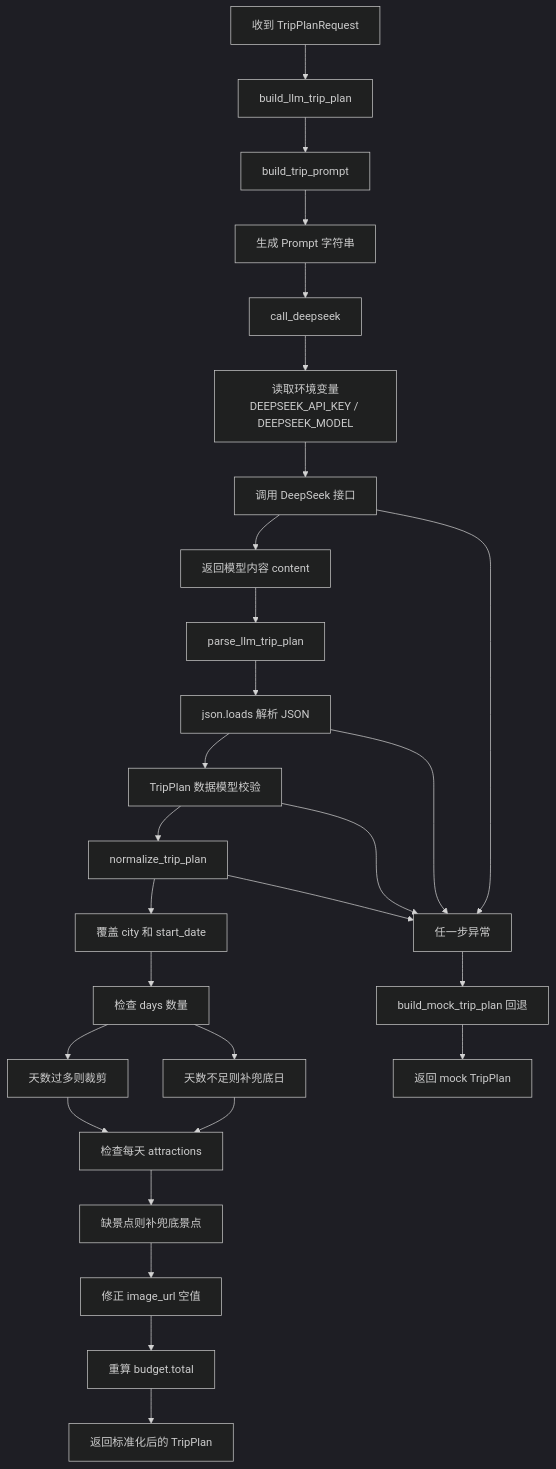
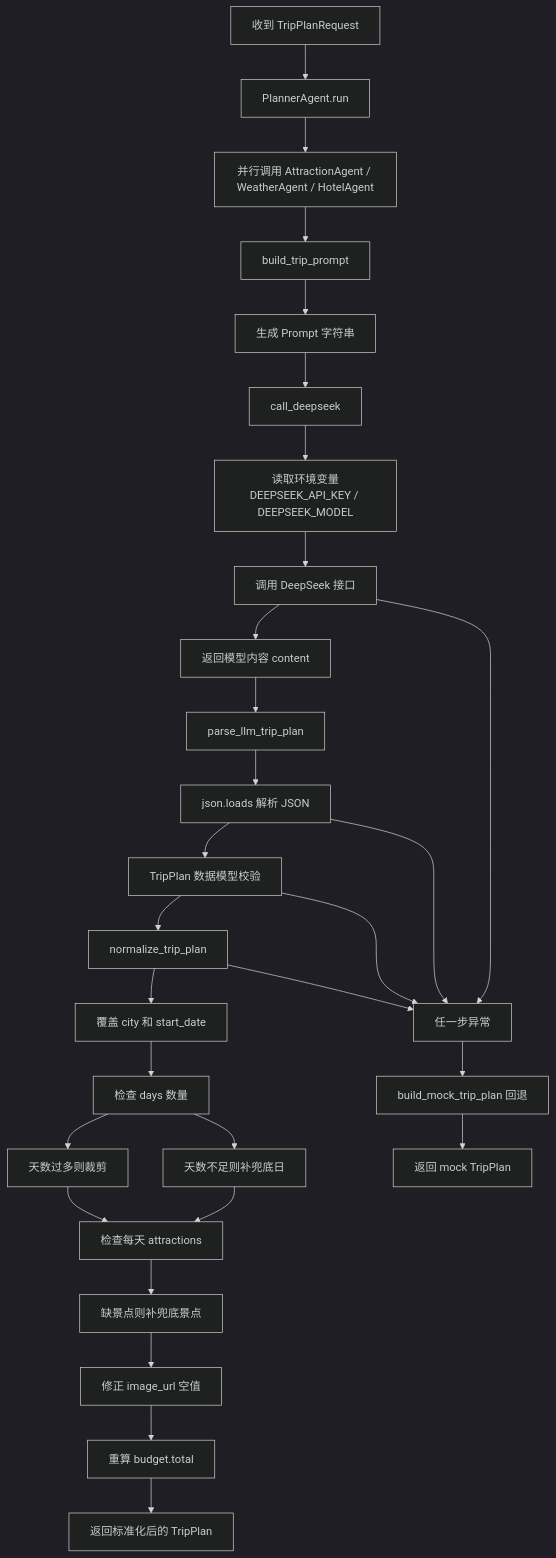
One commit to Ping-z330/travel_assistant changed the first of 2 diagrams in ROADMAP.md. Above: the diagram before and after it, drawn with Mermaid (dark theme). The commit also changed 32 other files, not shown here.

Commit message:
Refine trip planning architecture

````diff
--- a/ROADMAP.md
+++ b/ROADMAP.md
@@ -119,34 +119,35 @@
 ```mermaid
 flowchart TD
-    A[收到 TripPlanRequest] --> B[build_llm_trip_plan]
-    B --> C[build_trip_prompt]
+    A[收到 TripPlanRequest] --> B[PlannerAgent.run]
+    B --> B1[并行调用 AttractionAgent / WeatherAgent / HotelAgent]
+    B1 --> C[build_trip_prompt]
     C --> D[生成 Prompt 字符串]
 
     D --> E[call_deepseek]
     E --> F[读取环境变量<br/>DEEPSEEK_API_KEY / DEEPSEEK_MODEL]
     F --> G[调用 DeepSeek 接口]
     G --> H[返回模型内容 content]
 
     H --> I[parse_llm_trip_plan]
     I --> J[json.loads 解析 JSON]
     J --> K[TripPlan 数据模型校验]
 
     K --> L[normalize_trip_plan]
     L --> M[覆盖 city 和 start_date]
     M --> N[检查 days 数量]
     N --> O[天数过多则裁剪]
     N --> P[天数不足则补兜底日]
     O --> Q[检查每天 attractions]
     P --> Q
     Q --> R[缺景点则补兜底景点]
     R --> S[修正 image_url 空值]
     S --> T[重算 budget.total]
     T --> U[返回标准化后的 TripPlan]
 
     G --> X[任一步异常]
     J --> X
     K --> X
     L --> X
     X --> Y[build_mock_trip_plan 回退]
     Y --> Z[返回 mock TripPlan]
 ```
````
